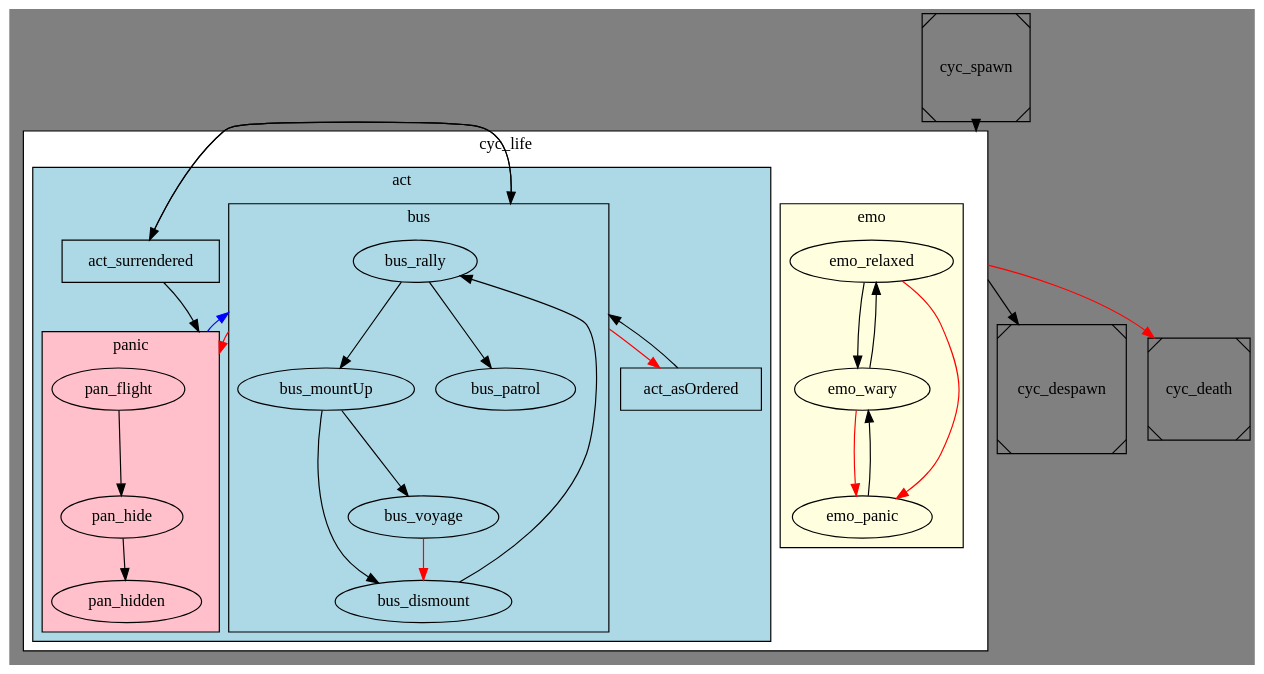
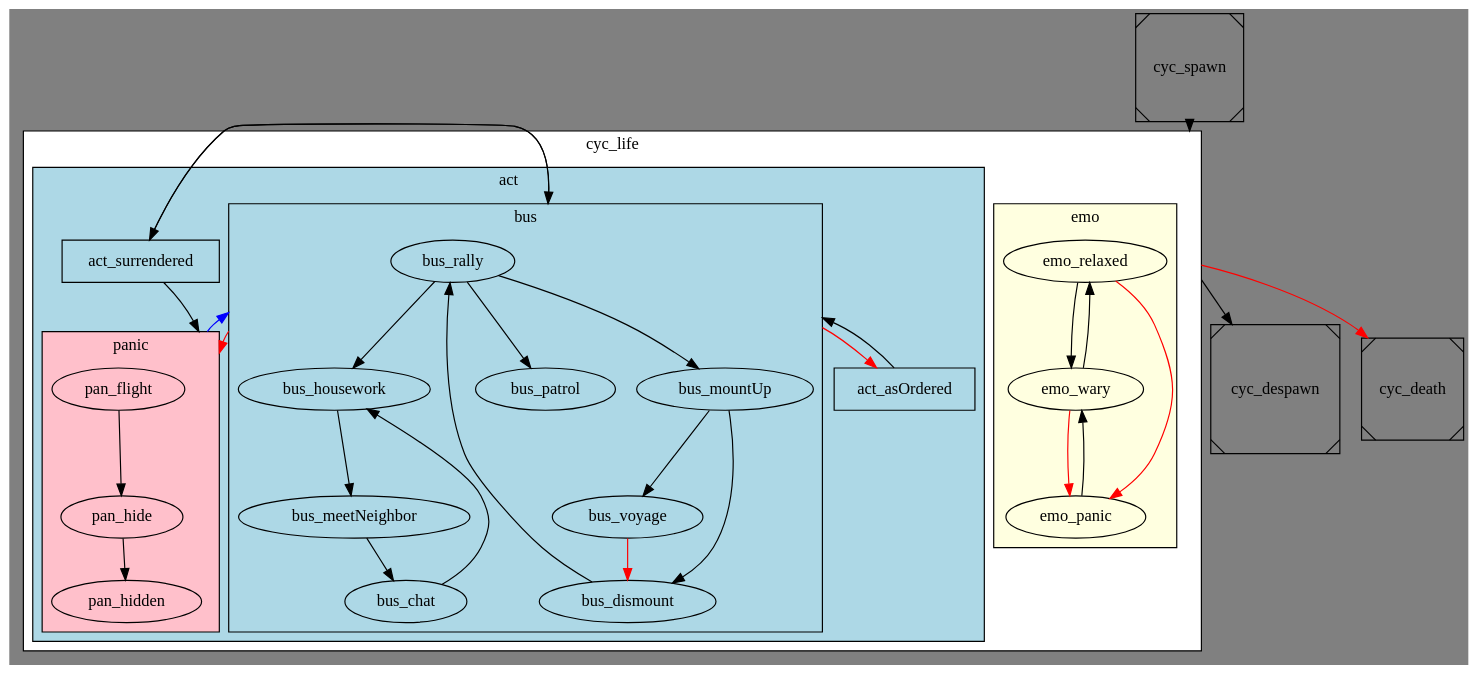
The diagram in docs/states.gv (gruppe-adler/grad_civs), drawn with Graphviz before and after one commit. The commit also changed 48 other files, not shown here.

```diff
--- a/docs/states.gv
+++ b/docs/states.gv
@@ -1,64 +1,69 @@
 digraph lifecycle {
     bgcolor="gray";
     compound=true;
 
     subgraph cluster_life {
         bgcolor="white";
         shape="Msquare";
         label="cyc_life";
         cluster_life_node [shape=point style=invis];
 
         subgraph cluster_emotions {
             bgcolor="lightyellow";
             label="emo";
             emo_relaxed -> emo_wary;
             {emo_wary, emo_relaxed} -> emo_panic [color="red"];
             emo_panic -> emo_wary -> emo_relaxed;
         }
 
         subgraph cluster_activities {
             bgcolor="lightblue";
             label="act";
 
             subgraph cluster_business {
                 label="bus";
                 cluster_business_node [shape=point style=invis];
                 bus_rally -> bus_patrol;
                 bus_rally -> bus_mountUp;
                 bus_mountUp -> bus_voyage;
                 bus_mountUp -> bus_dismount;
                 bus_voyage -> bus_dismount [color=red]; # panic event
                 bus_dismount -> bus_rally;
+                bus_rally -> bus_housework;
+                bus_housework -> bus_meetNeighbor;
+                bus_meetNeighbor -> bus_chat;
+                bus_chat -> bus_housework;
+                // bus_housework -> bus_gawk;
             }
 
             subgraph cluster_panic {
                 bgcolor="pink";
                 label="panic";
                 cluster_panic_node [shape=point style=invis];
                 pan_flight -> pan_hide -> pan_hidden;
             }
 
             act_asOrdered [shape=rectangle];
             act_surrendered [shape=rectangle];
 
             act_surrendered -> cluster_panic_node [lhead=cluster_panic];
 
             act_surrendered -> cluster_business_node [lhead=cluster_business];
             cluster_business_node -> act_surrendered [ltail=cluster_business];
             act_asOrdered -> cluster_business_node [lhead=cluster_business];
             cluster_business_node -> act_asOrdered [ltail=cluster_business color=red];
 
             cluster_panic_node -> cluster_business_node [color=blue lhead=cluster_business ltail=cluster_panic]
             cluster_business_node -> cluster_panic_node [ltail=cluster_business lhead=cluster_panic color=red]
 
         }
     }
 
     cyc_spawn [shape=Msquare];
     cyc_despawn [shape=Msquare];
     cyc_death [shape=Msquare];
 
     cyc_spawn -> cluster_life_node [lhead=cluster_life];
     cluster_life_node -> cyc_despawn [ltail=cluster_life];
     cluster_life_node -> cyc_death [ltail=cluster_life color=red];
 }
```
